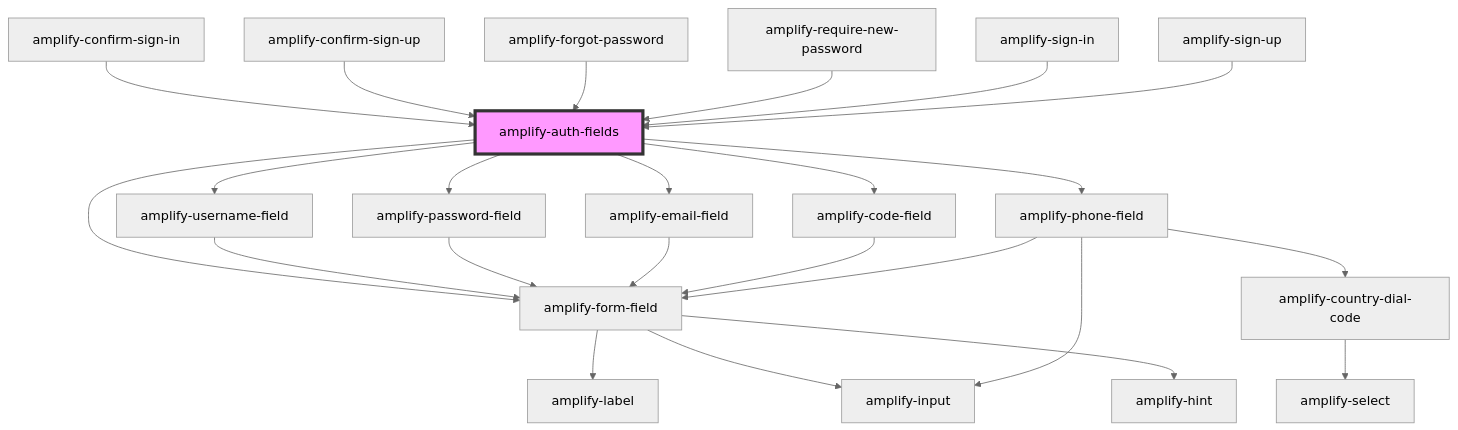
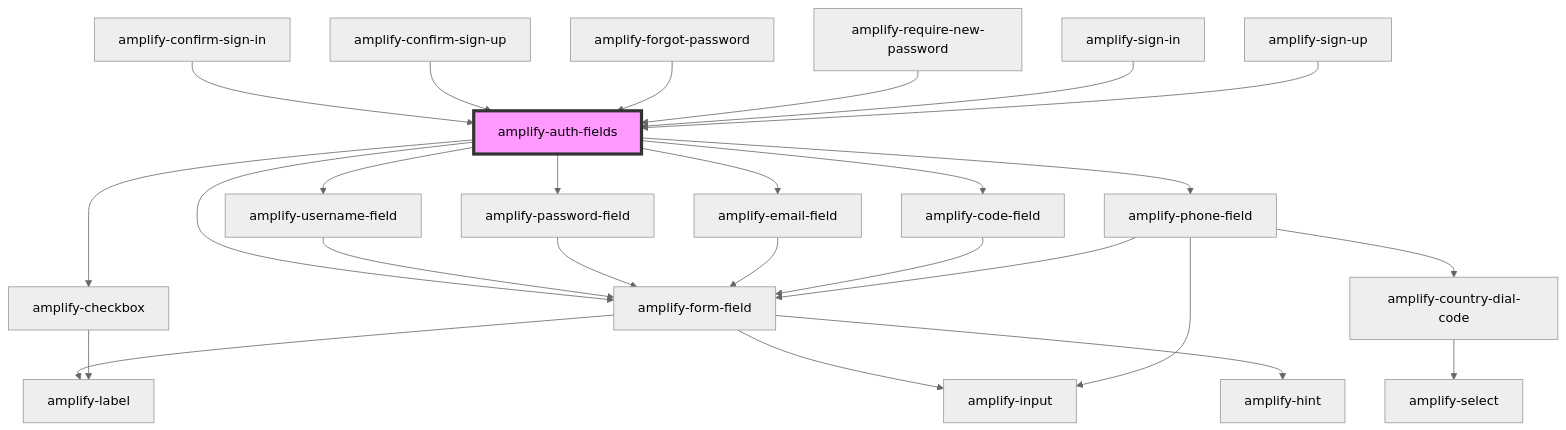
Before and after one commit to aws-amplify/amplify-js: the diagram in packages/amplify-ui-components/src/components/amplify-auth-fields/readme.md, drawn with Mermaid (neutral theme). The commit also changed other lines of this file and 10 other files, not shown here.

````diff
--- a/packages/amplify-ui-components/src/components/amplify-auth-fields/readme.md
+++ b/packages/amplify-ui-components/src/components/amplify-auth-fields/readme.md
@@ -34,27 +35,29 @@
 ```mermaid
 graph TD;
   amplify-auth-fields --> amplify-username-field
   amplify-auth-fields --> amplify-password-field
   amplify-auth-fields --> amplify-email-field
   amplify-auth-fields --> amplify-code-field
   amplify-auth-fields --> amplify-phone-field
   amplify-auth-fields --> amplify-form-field
+  amplify-auth-fields --> amplify-checkbox
   amplify-username-field --> amplify-form-field
   amplify-form-field --> amplify-label
   amplify-form-field --> amplify-input
   amplify-form-field --> amplify-hint
   amplify-password-field --> amplify-form-field
   amplify-email-field --> amplify-form-field
   amplify-code-field --> amplify-form-field
   amplify-phone-field --> amplify-form-field
   amplify-phone-field --> amplify-country-dial-code
   amplify-phone-field --> amplify-input
   amplify-country-dial-code --> amplify-select
+  amplify-checkbox --> amplify-label
   amplify-confirm-sign-in --> amplify-auth-fields
   amplify-confirm-sign-up --> amplify-auth-fields
   amplify-forgot-password --> amplify-auth-fields
   amplify-require-new-password --> amplify-auth-fields
   amplify-sign-in --> amplify-auth-fields
   amplify-sign-up --> amplify-auth-fields
   style amplify-auth-fields fill:#f9f,stroke:#333,stroke-width:4px
 ```
````
